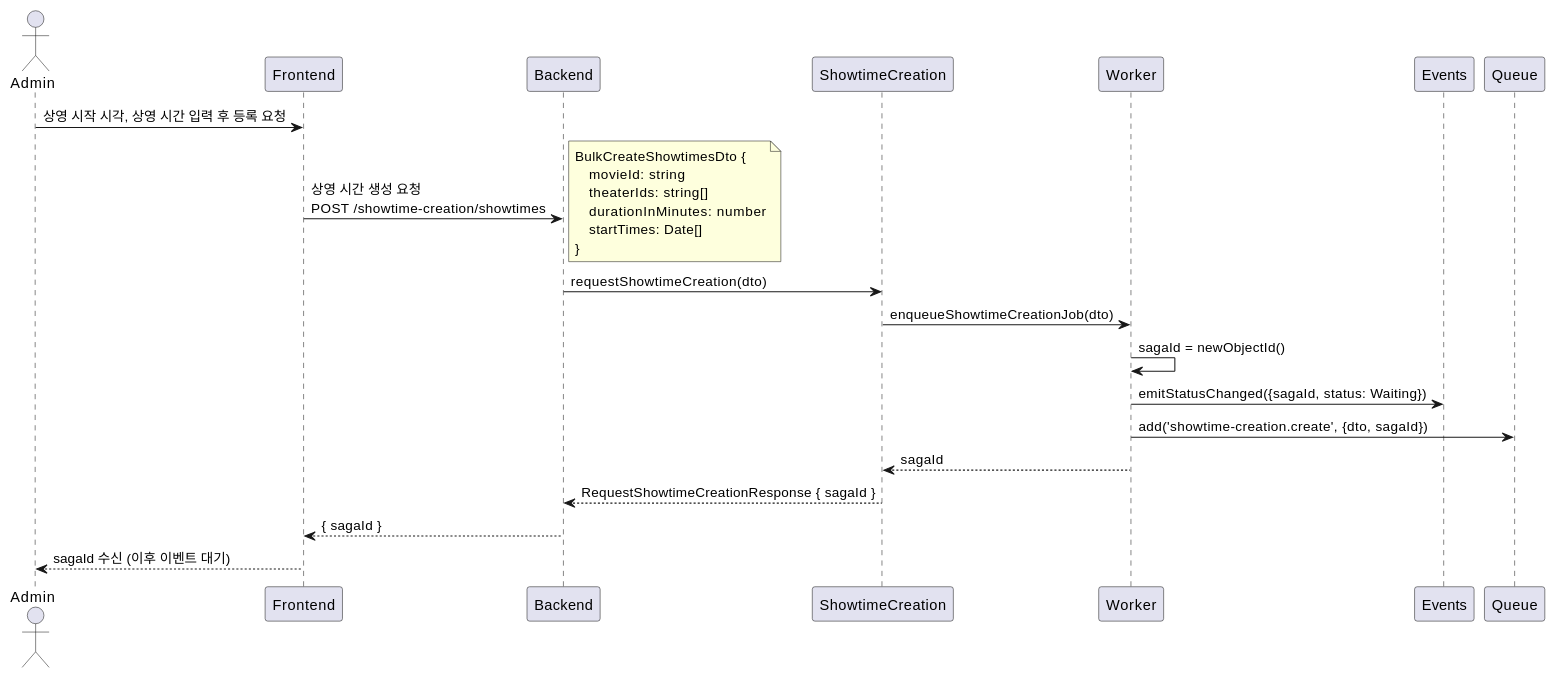
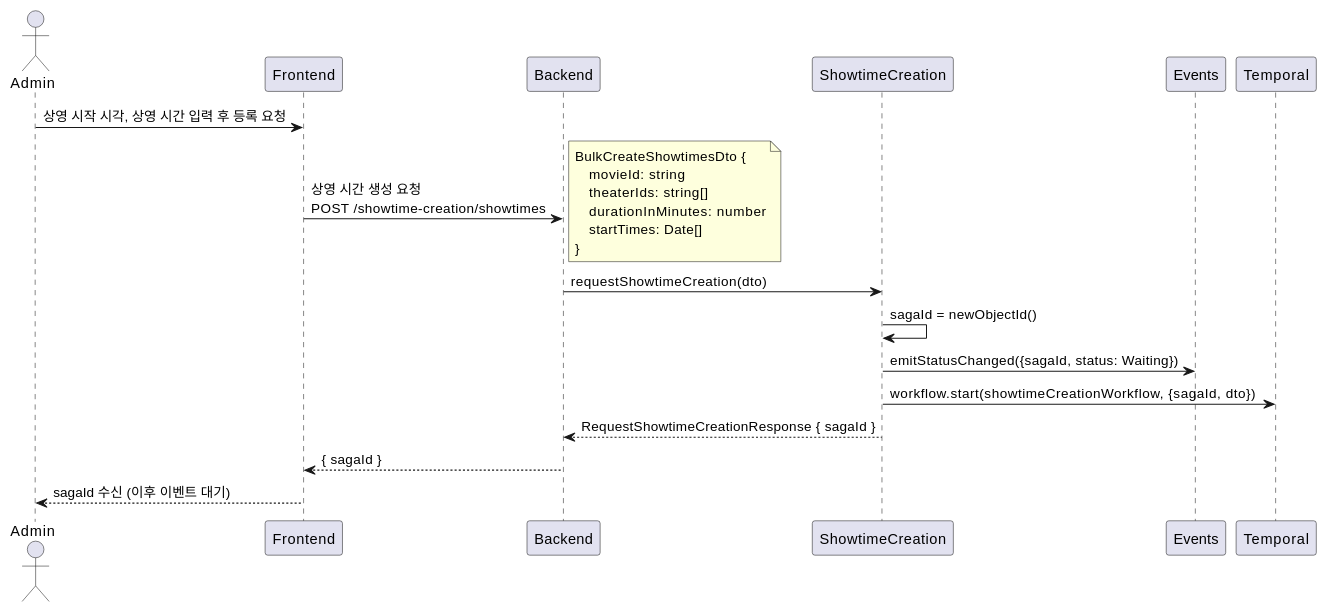
The second of 3 diagrams in docs/designs/showtime-creation.md (mannercode/nest-seed), drawn with PlantUML before and after one commit. The commit also changed other lines of this file and 68 other files, not shown here.

````diff
--- a/docs/designs/showtime-creation.md
+++ b/docs/designs/showtime-creation.md
@@ -76,25 +76,23 @@
 ```plantuml
 @startuml
 actor Admin
 
 Admin -> Frontend: 상영 시작 시각, 상영 시간 입력 후 등록 요청
     Frontend -> Backend: 상영 시간 생성 요청\nPOST /showtime-creation/showtimes
     note right
     BulkCreateShowtimesDto {
         movieId: string
         theaterIds: string[]
         durationInMinutes: number
         startTimes: Date[]
     }
     end note
         Backend -> ShowtimeCreation: requestShowtimeCreation(dto)
-            ShowtimeCreation -> Worker: enqueueShowtimeCreationJob(dto)
-                Worker -> Worker: sagaId = newObjectId()
-                Worker -> Events: emitStatusChanged({sagaId, status: Waiting})
-                Worker -> Queue: add('showtime-creation.create', {dto, sagaId})
-            ShowtimeCreation <-- Worker: sagaId
+            ShowtimeCreation -> ShowtimeCreation: sagaId = newObjectId()
+            ShowtimeCreation -> Events: emitStatusChanged({sagaId, status: Waiting})
+            ShowtimeCreation -> Temporal: workflow.start(showtimeCreationWorkflow, {sagaId, dto})
         Backend <-- ShowtimeCreation: RequestShowtimeCreationResponse { sagaId }
     Frontend <-- Backend: { sagaId }
 Admin <-- Frontend: sagaId 수신 (이후 이벤트 대기)
 @enduml
 ```
````
